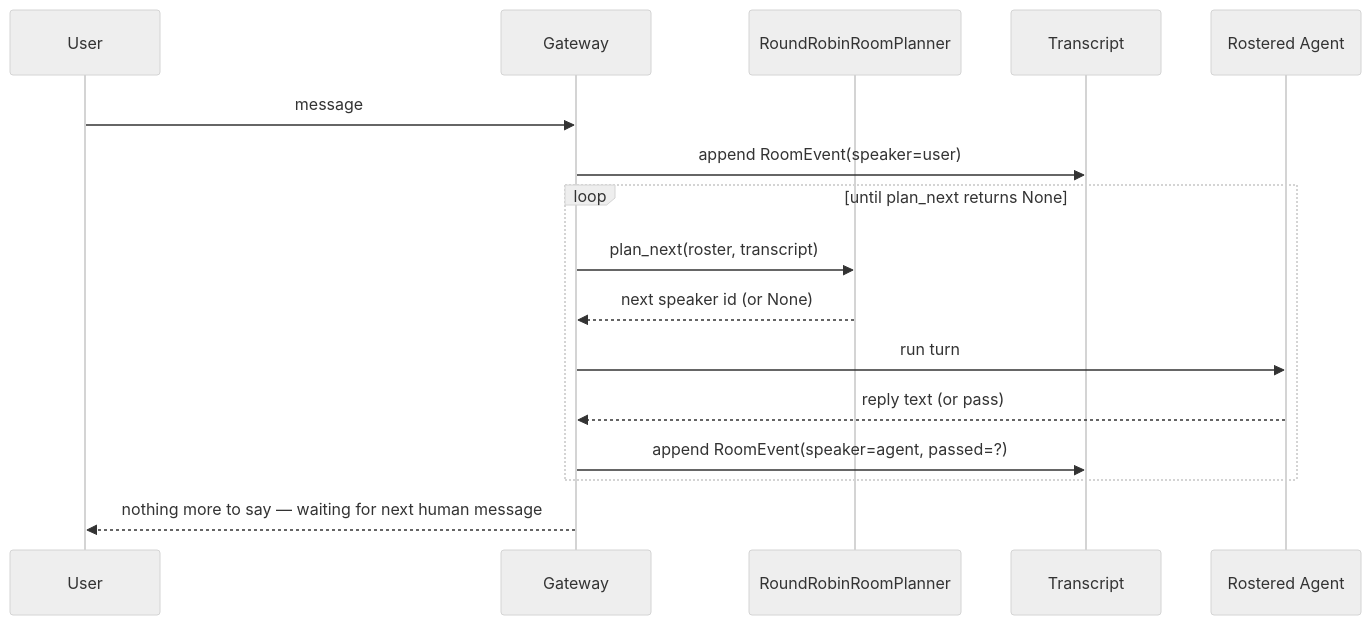
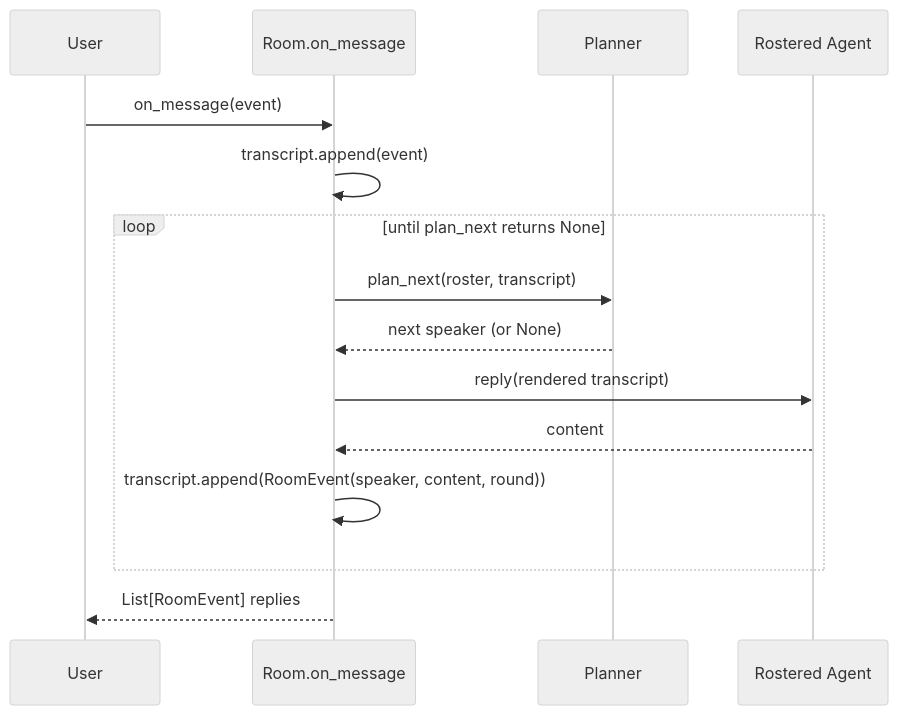
Before and after one commit to MervinPraison/PraisonAIDocs: the second of 3 diagrams in docs/features/conversation-rooms.mdx, drawn with Mermaid (neutral theme). The commit also changed other lines of this file, not shown here.

Commit message:
docs: update conversation-rooms.mdx for Room + RoomConfig runtime (fixes #4273)

````diff
--- a/docs/features/conversation-rooms.mdx
+++ b/docs/features/conversation-rooms.mdx
@@ -90,19 +134,18 @@
 ```mermaid
 sequenceDiagram
     participant User
-    participant Gateway
-    participant Planner as RoundRobinRoomPlanner
-    participant Transcript
+    participant Room as Room.on_message
+    participant Planner
     participant Agent as Rostered Agent
 
-    User->>Gateway: message
-    Gateway->>Transcript: append RoomEvent(speaker=user)
+    User->>Room: on_message(event)
+    Room->>Room: transcript.append(event)
     loop until plan_next returns None
-        Gateway->>Planner: plan_next(roster, transcript)
-        Planner-->>Gateway: next speaker id (or None)
-        Gateway->>Agent: run turn
-        Agent-->>Gateway: reply text (or pass)
-        Gateway->>Transcript: append RoomEvent(speaker=agent, passed=?)
+        Room->>Planner: plan_next(roster, transcript)
+        Planner-->>Room: next speaker (or None)
+        Room->>Agent: reply(rendered transcript)
+        Agent-->>Room: content
+        Room->>Room: transcript.append(RoomEvent(speaker, content, round))
     end
-    Gateway-->>User: nothing more to say — waiting for next human message
+    Room-->>User: List[RoomEvent] replies
 ```
````
